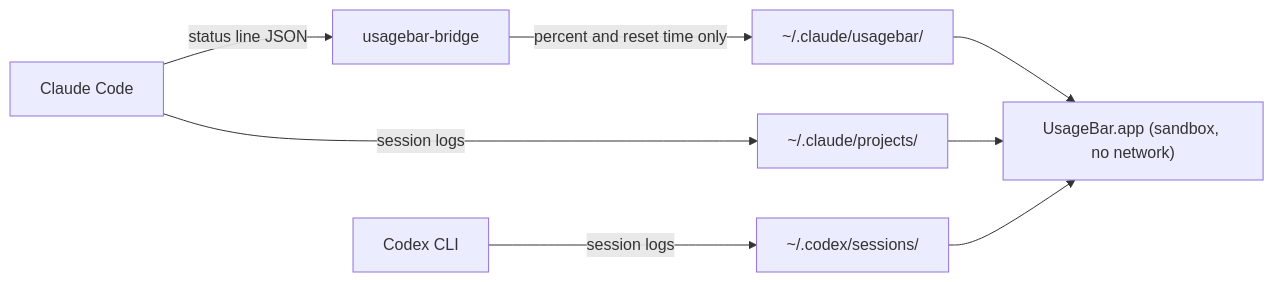
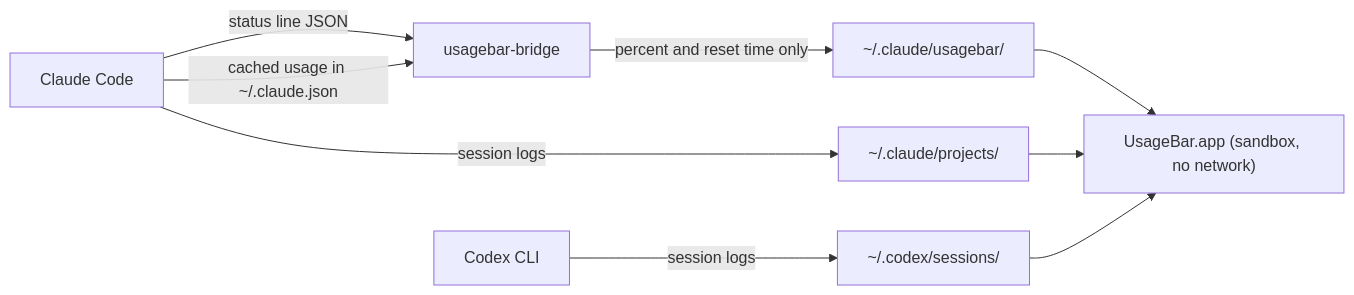
The diagram in README.md (samuraikun/usage-bar), drawn with Mermaid before and after one commit. The commit also changed other lines of this file and 15 other files, not shown here.

````diff
--- a/README.md
+++ b/README.md
@@ -64,10 +64,11 @@
 ```mermaid
 flowchart LR
   CC[Claude Code] -->|status line JSON| BR[usagebar-bridge]
+  CC -->|cached usage in ~/.claude.json| BR
   BR -->|percent and reset time only| SNAP["~/.claude/usagebar/"]
   CC -->|session logs| CL["~/.claude/projects/"]
   CX[Codex CLI] -->|session logs| XL["~/.codex/sessions/"]
   SNAP --> APP["UsageBar.app (sandbox, no network)"]
   CL --> APP
   XL --> APP
 ```
````
